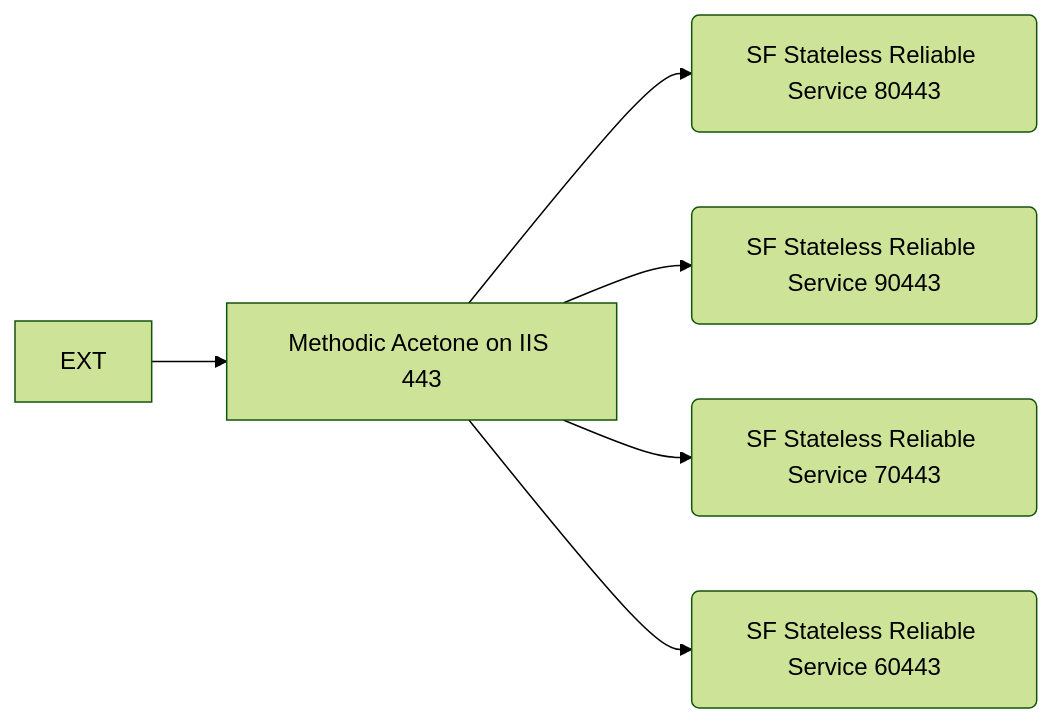
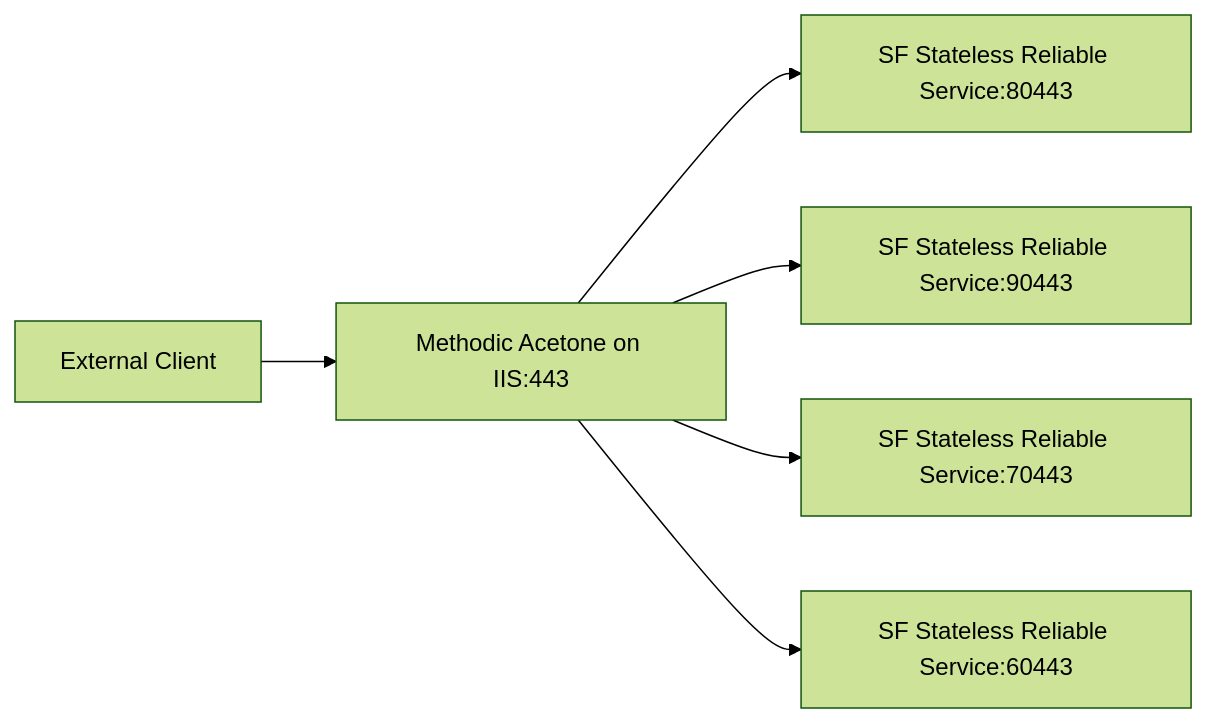
One commit to methodicglobal/acetone changed the diagram in README.md. Above: the diagram before and after it, drawn with Mermaid (forest theme). The commit also changed other lines of this file and 8 other files, not shown here.

````diff
--- a/README.md
+++ b/README.md
@@ -11,8 +19,8 @@
-::: mermaid
+```mermaid
 graph LR;
- EXT-->IIS[Methodic Acetone on IIS 443]
- IIS-->SF1(SF Stateless Reliable Service 80443);
- IIS-->SF2(SF Stateless Reliable Service 90443);
- IIS-->SF3(SF Stateless Reliable Service 70443);
- IIS-->SF4(SF Stateless Reliable Service 60443);
-:::
+    EXT[External Client] --> IIS[Methodic Acetone on IIS:443];
+    IIS --> SF1[SF Stateless Reliable Service:80443];
+    IIS --> SF2[SF Stateless Reliable Service:90443];
+    IIS --> SF3[SF Stateless Reliable Service:70443];
+    IIS --> SF4[SF Stateless Reliable Service:60443];
+```
````
